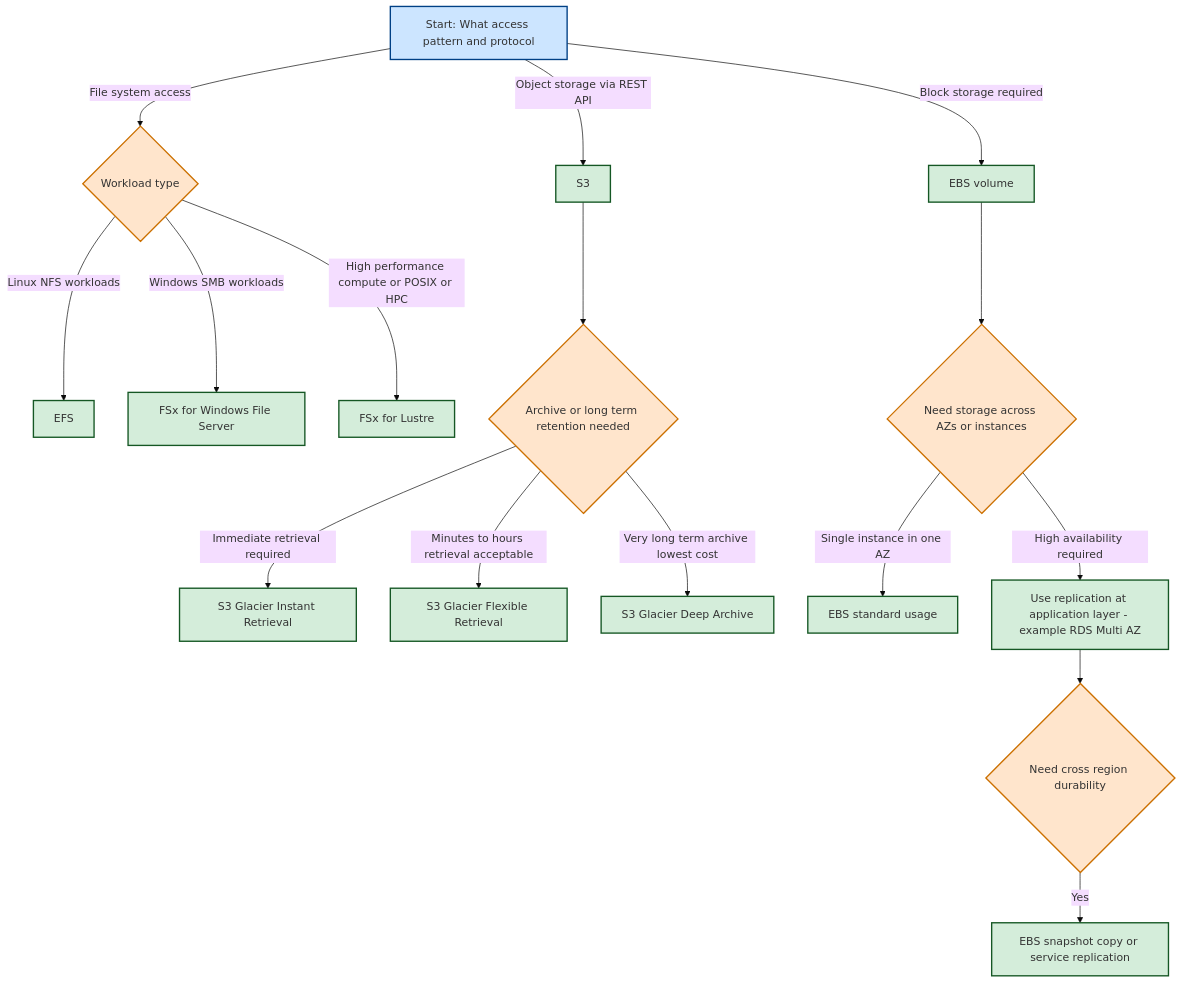
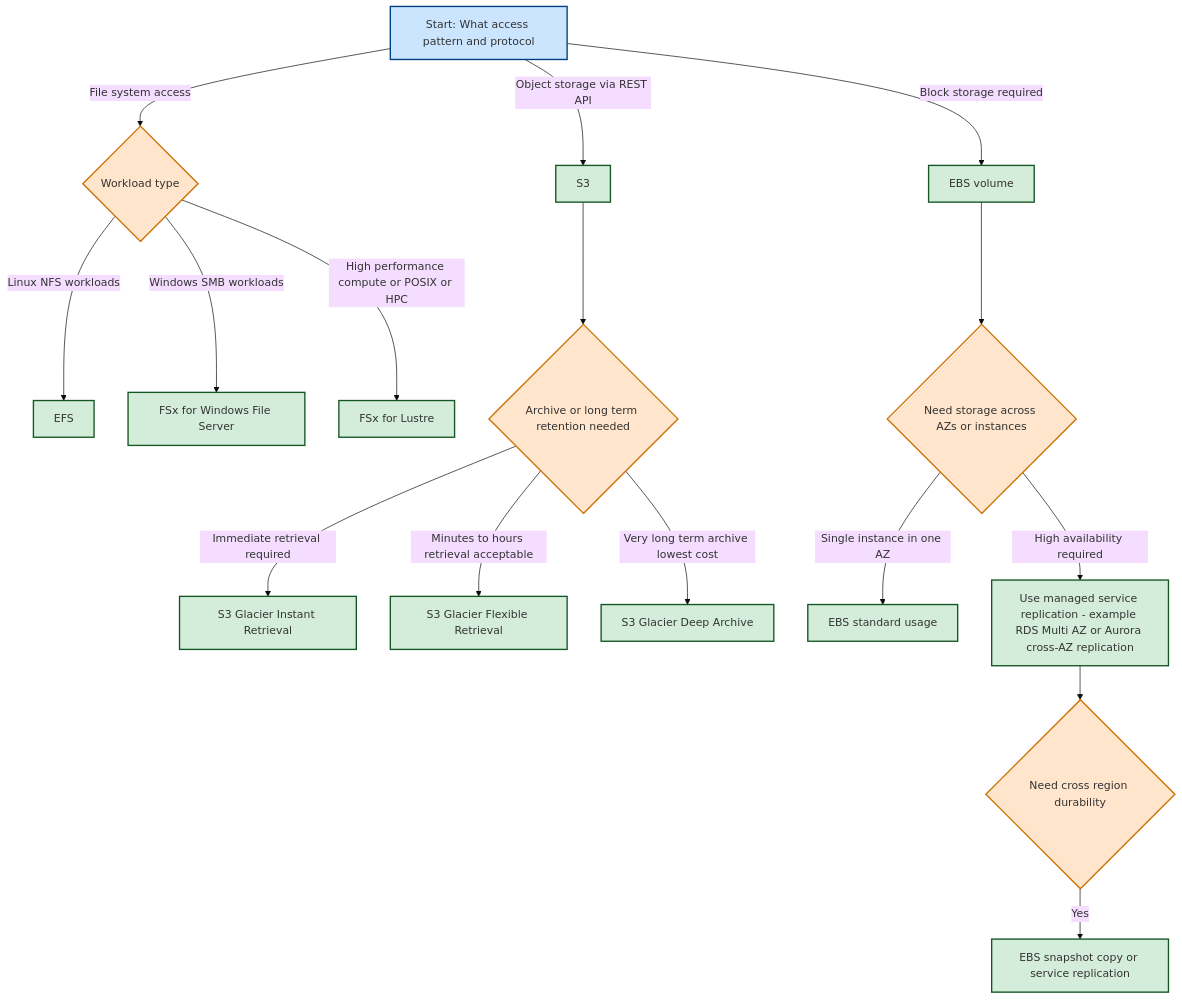
Before and after one commit to sukdebc/aws-sa-pro-notes: the fourth of 6 diagrams in notes/16-decision-trees.md, drawn with Mermaid (base theme). The commit also changed other lines of this file, not shown here.

````diff
--- a/notes/16-decision-trees.md
+++ b/notes/16-decision-trees.md
@@ -172,33 +183,33 @@
 ```mermaid
 flowchart TD
 
   A[Start: What access pattern and protocol] -->|Object storage via REST API| B[S3]
 
   A -->|File system access| C{Workload type}
   C -->|Linux NFS workloads| D[EFS]
   C -->|Windows SMB workloads| E[FSx for Windows File Server]
   C -->|High performance compute or POSIX or HPC| F[FSx for Lustre]
 
   A -->|Block storage required| G[EBS volume]
 
   B --> H{Archive or long term retention needed}
   H -->|Immediate retrieval required| I[S3 Glacier Instant Retrieval]
   H -->|Minutes to hours retrieval acceptable| J[S3 Glacier Flexible Retrieval]
   H -->|Very long term archive lowest cost| K[S3 Glacier Deep Archive]
 
   G --> L{Need storage across AZs or instances}
   L -->|Single instance in one AZ| M[EBS standard usage]
-  L -->|High availability required| N[Use replication at application layer - example RDS Multi AZ]
+  L -->|High availability required| N[Use managed service replication - example RDS Multi AZ or Aurora cross-AZ replication]
 
   N --> O{Need cross region durability}
   O -->|Yes| P[EBS snapshot copy or service replication]
 
   %% Styles
   style A fill:#cce5ff,stroke:#004085,stroke-width:2px
   classDef decision fill:#ffe5cc,stroke:#cc7000,stroke-width:2px
   classDef service fill:#d4edda,stroke:#155724,stroke-width:2px
 
   class C,H,L,O decision
   class B,D,E,F,G,I,J,K,M,N,P service
 
 ```
````
